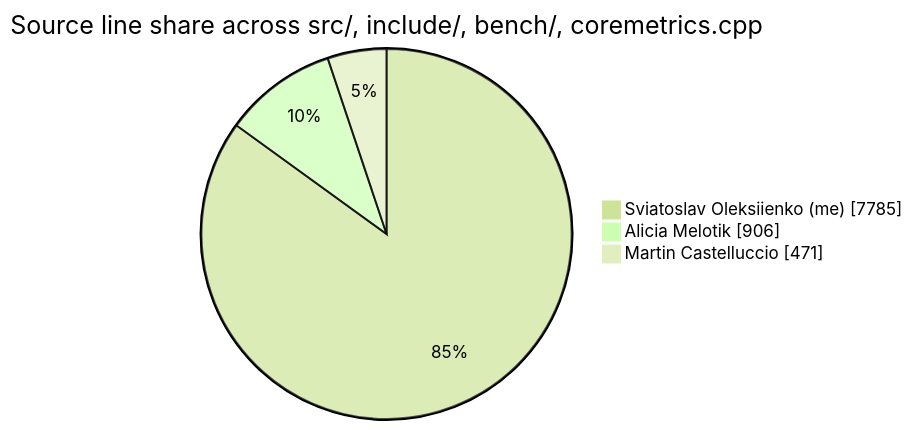
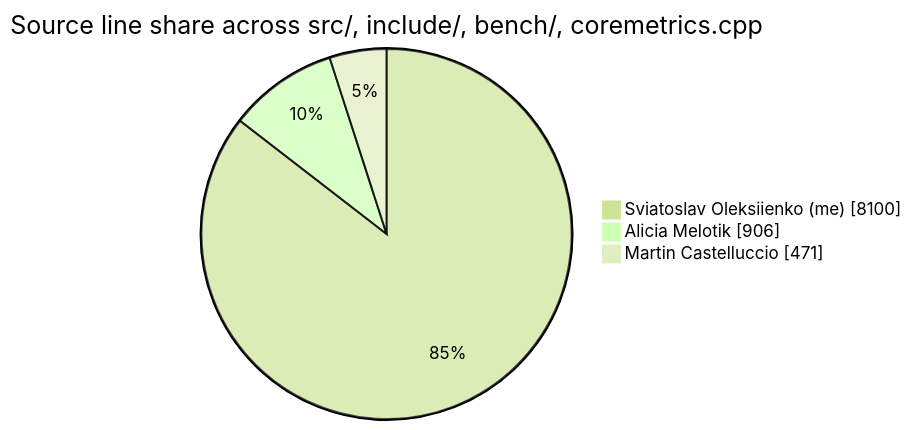
One commit to sviatil0/coremetrics changed the diagram in .github/badges/contributions.md. Above: the diagram before and after it, drawn with Mermaid (forest theme). The commit also changed other lines of this file and 2 other files, not shown here.

````diff
--- a/.github/badges/contributions.md
+++ b/.github/badges/contributions.md
@@ -11,7 +11,7 @@
 ```mermaid
 pie showData
     title Source line share across src/, include/, bench/, coremetrics.cpp
-    "Sviatoslav Oleksiienko (me)" : 7785
+    "Sviatoslav Oleksiienko (me)" : 8100
     "Alicia Melotik" : 906
     "Martin Castelluccio" : 471
 ```
````
